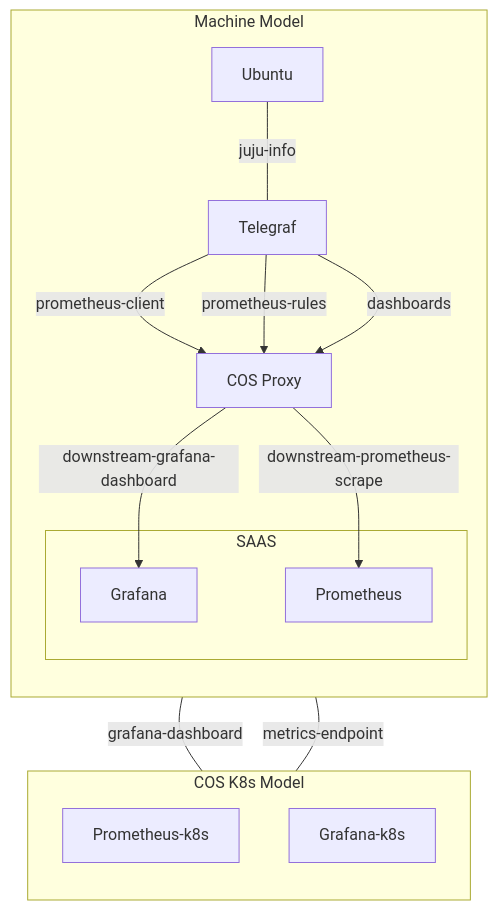
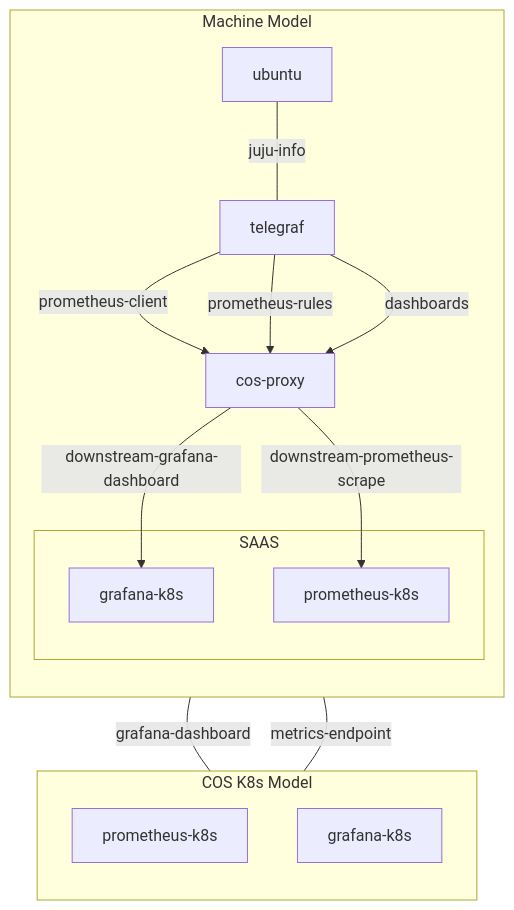
The first of 2 diagrams in INTEGRATING.md (canonical/cos-proxy-operator), drawn with Mermaid before and after one commit. The commit also changed other lines of this file and 3 other files, not shown here.

````diff
--- a/INTEGRATING.md
+++ b/INTEGRATING.md
@@ -18,44 +16,44 @@
 ```mermaid
 graph TD
 
     %% COS Model Subgraph
     subgraph cos-k8s["COS K8s Model"]
         direction TB
-        prometheus["Prometheus-k8s"]
-        grafana["Grafana-k8s"]
+        prometheus["prometheus-k8s"]
+        grafana["grafana-k8s"]
     end
 
 
 
     %% Reactive Model Subgraph
     subgraph reactive-model["Machine Model"]
         direction TB
-        ubuntu["Ubuntu"]
-        telegraf["Telegraf"]
-        cos_proxy["COS Proxy"]
+        ubuntu["ubuntu"]
+        telegraf["telegraf"]
+        cos_proxy["cos-proxy"]
 
 
         %% Ubuntu and Telegraf Relation
         ubuntu --- |juju-info| telegraf
 
         %% Telegraf to cos-proxy Connections
         telegraf --> |prometheus-client| cos_proxy
         telegraf --> |prometheus-rules| cos_proxy
         telegraf --> |dashboards| cos_proxy
 
         %% SAAS Subgraph
         subgraph SAAS["SAAS"]
-            GSAAS["Grafana"]
-            PSAAS["Prometheus"]
+            GSAAS["grafana-k8s"]
+            PSAAS["prometheus-k8s"]
 
             %% SAAS to COS Model Connections
             GSAAS --- |grafana-dashboard| grafana
             PSAAS --- |metrics-endpoint| prometheus
         end
 
         %% cos-proxy to SAAS Connections
         cos_proxy --> |downstream-prometheus-scrape| PSAAS
         cos_proxy --> |downstream-grafana-dashboard| GSAAS
 
     end
 ```
````
